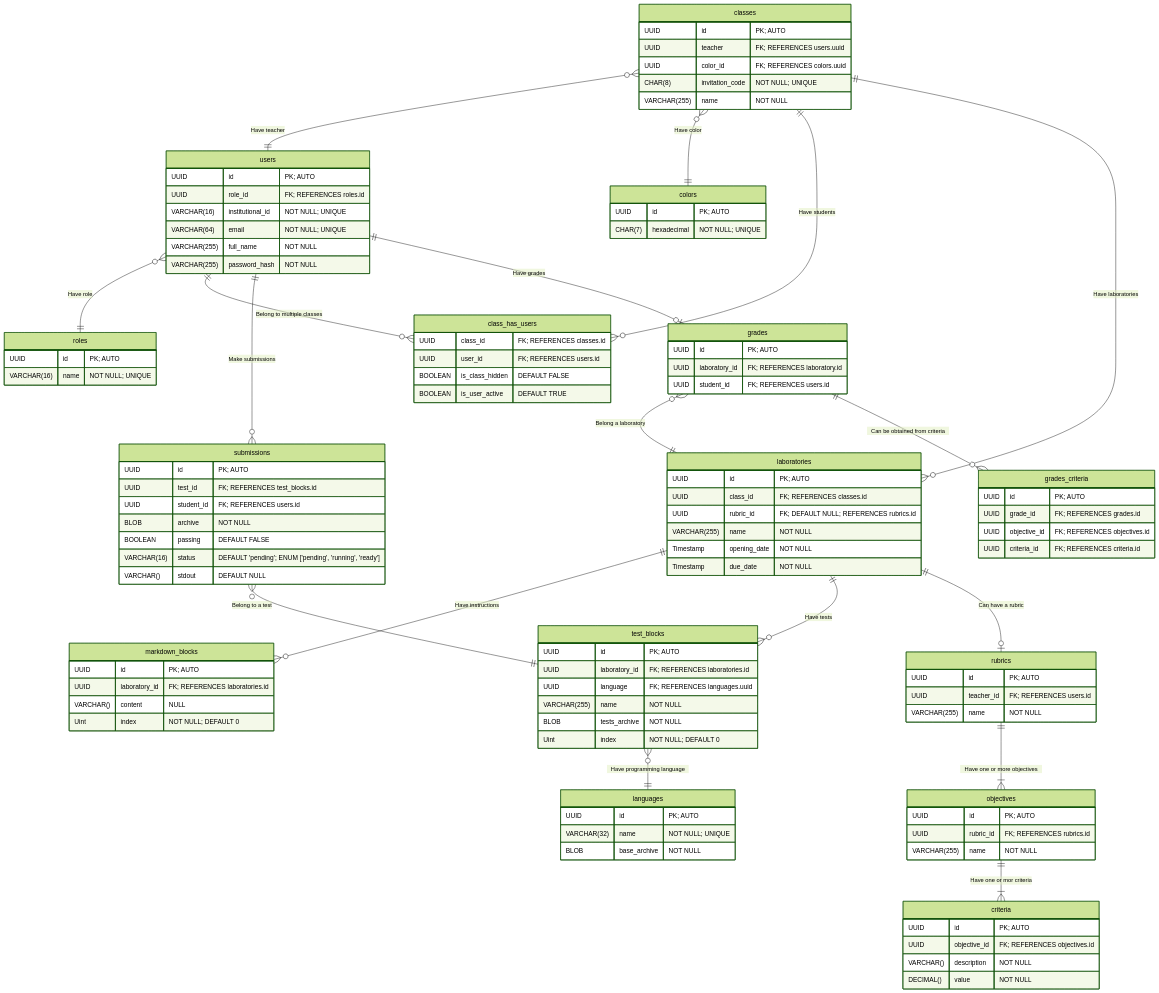
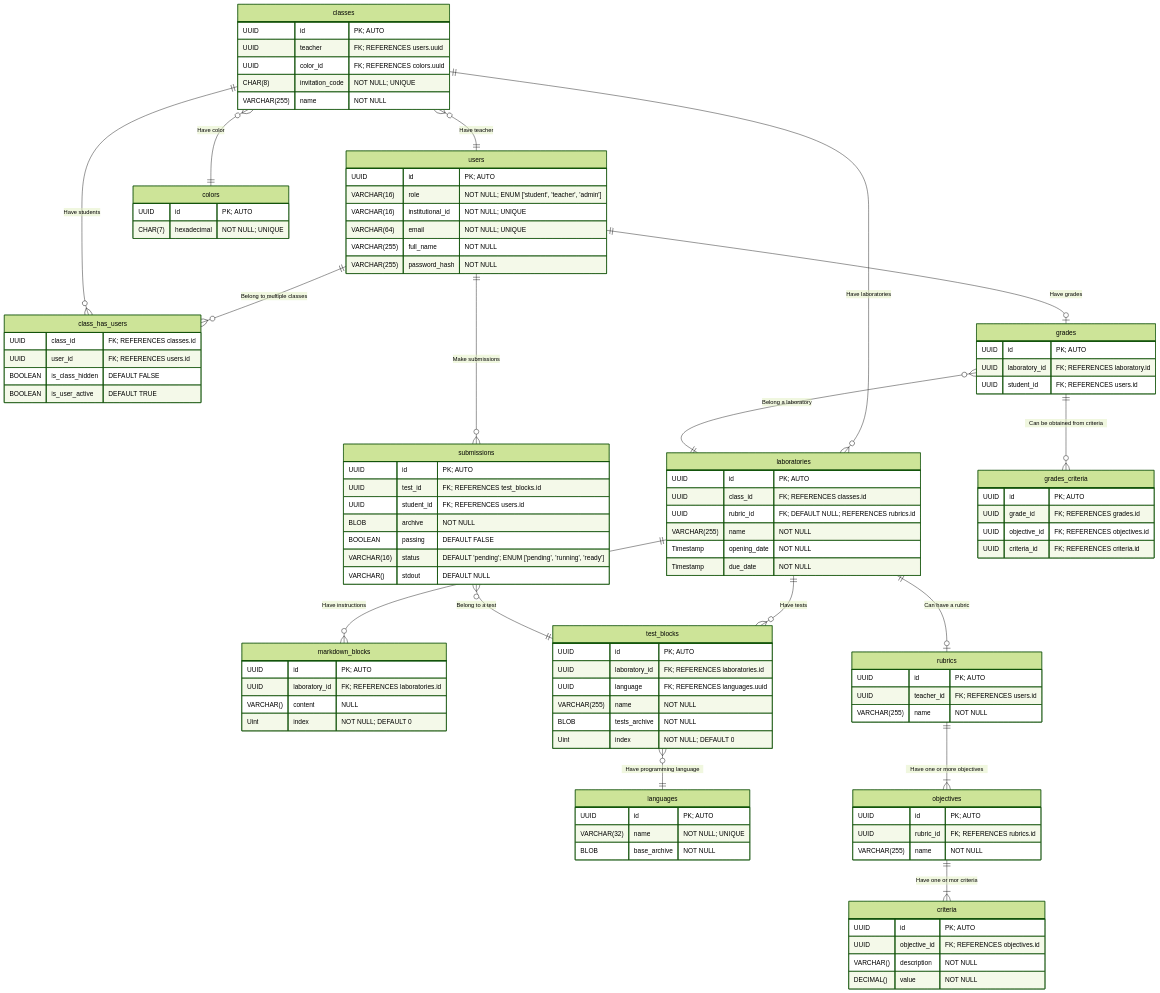
Before and after one commit to upb-code-labs/docs: the diagram in database/diagram.md, drawn with Mermaid (forest theme).

Commit message:
docs(db): Remove roles table

````diff
--- a/database/diagram.md
+++ b/database/diagram.md
@@ -3,6 +3,5 @@
 ```mermaid
 erDiagram
-    users }o--|| roles:                 "Have role"
     users ||--o{ class_has_users:       "Belong to multiple classes"
     users ||--o{ submissions:           "Make submissions"
     users ||--o| grades:                "Have grades"
@@ -25,14 +24,9 @@
     rubrics ||--|{	objectives:         "Have one or more objectives"
     objectives ||--|{ criteria:         "Have one or mor criteria"
 
-	roles {
-        UUID            id          "PK; AUTO"
-        VARCHAR(16)     name        "NOT NULL; UNIQUE"
-    }
-
     users {
         UUID            id                  "PK; AUTO"
-        UUID            role_id             "FK; REFERENCES roles.id"
+        VARCHAR(16)     role                "NOT NULL; ENUM ['student', 'teacher', 'admin']"
         VARCHAR(16)     institutional_id    "NOT NULL; UNIQUE"
         VARCHAR(64)     email               "NOT NULL; UNIQUE"
         VARCHAR(255)    full_name           "NOT NULL"
````
